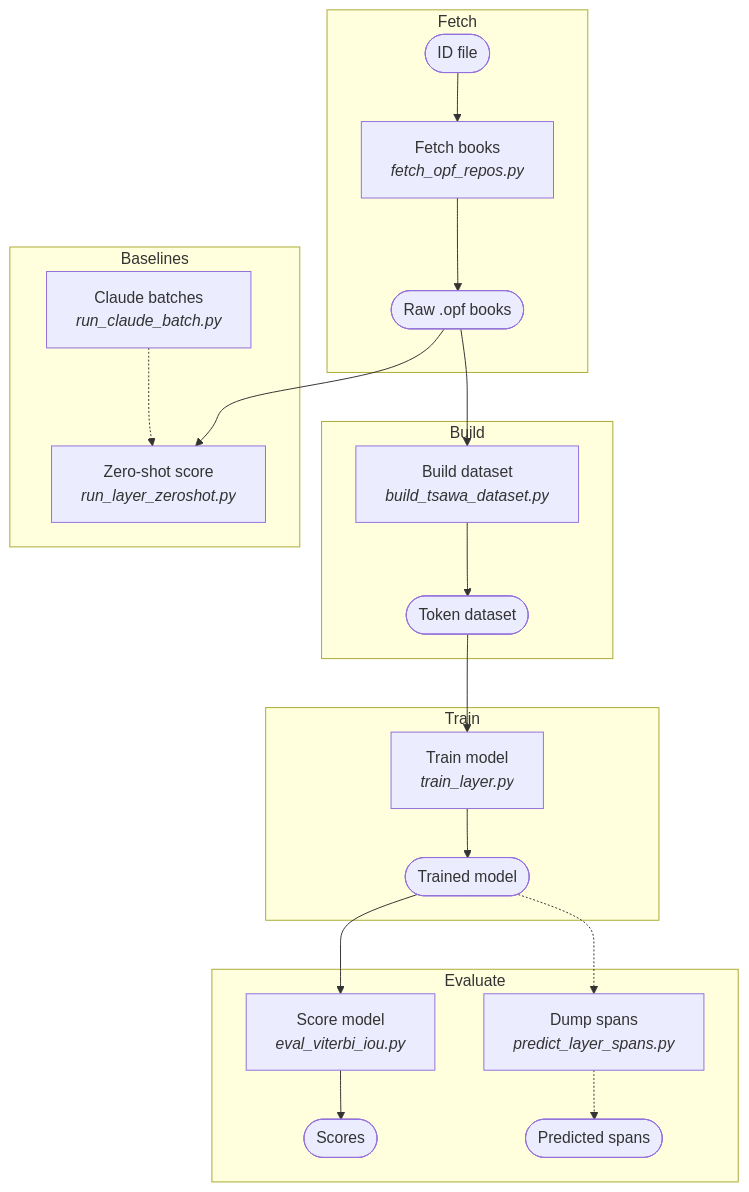
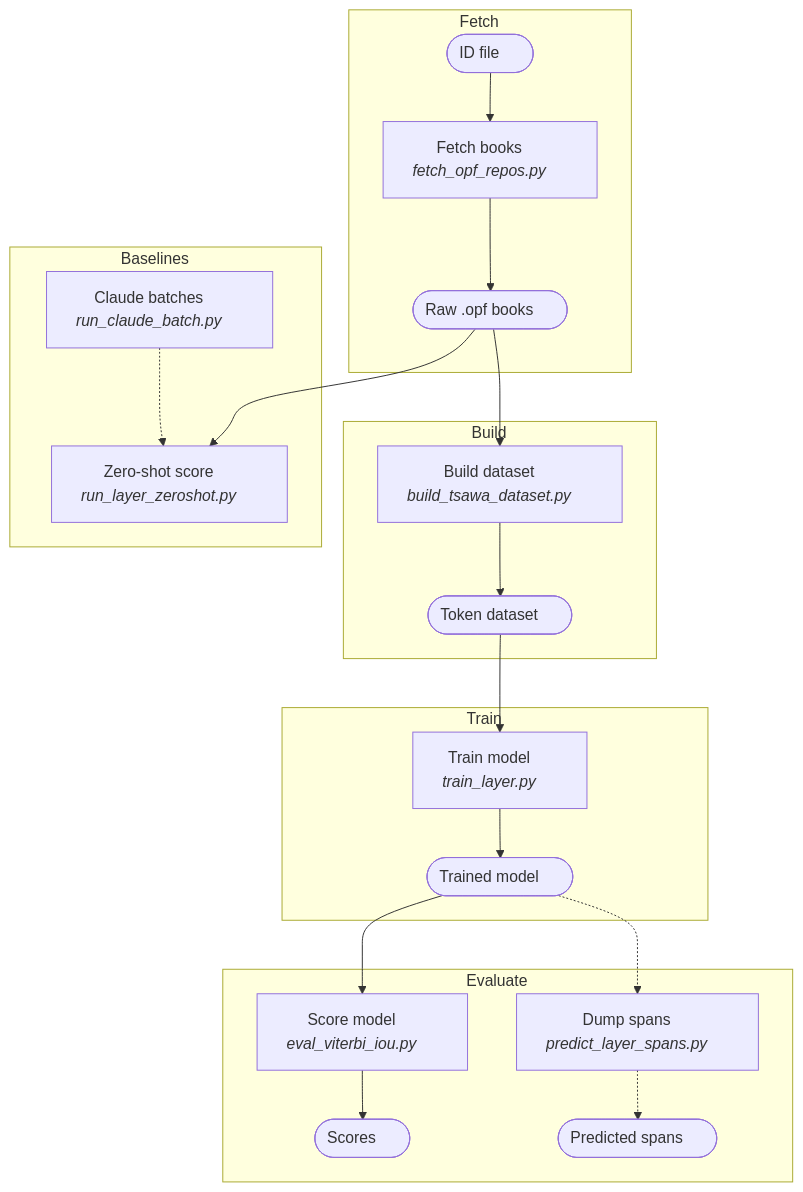
Before and after one commit to tenzinyonten/tibetan-layer-detection: the diagram in common/README.md, drawn with Mermaid. The commit also changed 8 other files, not shown here.

Commit message:
Add padding to flowchart labels so GitHub does not clip them

````diff
--- a/common/README.md
+++ b/common/README.md
@@ -20,25 +20,25 @@
 ```mermaid
 flowchart TD
-  subgraph FETCH["Fetch"]
-    F0(["ID file"]) --> S1["Fetch books<br/><i>fetch_opf_repos.py</i>"]
-    S1 --> F1(["Raw .opf books"])
+  subgraph FETCH["Fetch&nbsp;&nbsp;&nbsp;&nbsp;&nbsp;"]
+    F0(["ID file&nbsp;&nbsp;&nbsp;&nbsp;&nbsp;"]) --> S1["Fetch books&nbsp;&nbsp;&nbsp;&nbsp;&nbsp;<br/><i>fetch_opf_repos.py&nbsp;&nbsp;&nbsp;&nbsp;&nbsp;</i>"]
+    S1 --> F1(["Raw .opf books&nbsp;&nbsp;&nbsp;&nbsp;&nbsp;"])
   end
-  subgraph BUILD["Build"]
-    S2["Build dataset<br/><i>build_tsawa_dataset.py</i>"] --> F2(["Token dataset"])
+  subgraph BUILD["Build&nbsp;&nbsp;&nbsp;&nbsp;&nbsp;"]
+    S2["Build dataset&nbsp;&nbsp;&nbsp;&nbsp;&nbsp;<br/><i>build_tsawa_dataset.py&nbsp;&nbsp;&nbsp;&nbsp;&nbsp;</i>"] --> F2(["Token dataset&nbsp;&nbsp;&nbsp;&nbsp;&nbsp;"])
   end
-  subgraph TRAIN["Train"]
-    S3["Train model<br/><i>train_layer.py</i>"] --> F3(["Trained model"])
+  subgraph TRAIN["Train&nbsp;&nbsp;&nbsp;&nbsp;&nbsp;"]
+    S3["Train model&nbsp;&nbsp;&nbsp;&nbsp;&nbsp;<br/><i>train_layer.py&nbsp;&nbsp;&nbsp;&nbsp;&nbsp;</i>"] --> F3(["Trained model&nbsp;&nbsp;&nbsp;&nbsp;&nbsp;"])
   end
-  subgraph EVAL["Evaluate"]
-    S4["Score model<br/><i>eval_viterbi_iou.py</i>"] --> F4(["Scores"])
-    S5["Dump spans<br/><i>predict_layer_spans.py</i>"] -.-> F5(["Predicted spans"])
+  subgraph EVAL["Evaluate&nbsp;&nbsp;&nbsp;&nbsp;&nbsp;"]
+    S4["Score model&nbsp;&nbsp;&nbsp;&nbsp;&nbsp;<br/><i>eval_viterbi_iou.py&nbsp;&nbsp;&nbsp;&nbsp;&nbsp;</i>"] --> F4(["Scores&nbsp;&nbsp;&nbsp;&nbsp;&nbsp;"])
+    S5["Dump spans&nbsp;&nbsp;&nbsp;&nbsp;&nbsp;<br/><i>predict_layer_spans.py&nbsp;&nbsp;&nbsp;&nbsp;&nbsp;</i>"] -.-> F5(["Predicted spans&nbsp;&nbsp;&nbsp;&nbsp;&nbsp;"])
   end
-  subgraph BASE["Baselines"]
-    S7["Claude batches<br/><i>run_claude_batch.py</i>"] -.-> S6["Zero-shot score<br/><i>run_layer_zeroshot.py</i>"]
+  subgraph BASE["Baselines&nbsp;&nbsp;&nbsp;&nbsp;&nbsp;"]
+    S7["Claude batches&nbsp;&nbsp;&nbsp;&nbsp;&nbsp;<br/><i>run_claude_batch.py&nbsp;&nbsp;&nbsp;&nbsp;&nbsp;</i>"] -.-> S6["Zero-shot score&nbsp;&nbsp;&nbsp;&nbsp;&nbsp;<br/><i>run_layer_zeroshot.py&nbsp;&nbsp;&nbsp;&nbsp;&nbsp;</i>"]
   end
   F1 --> S2
   F2 --> S3
   F3 --> S4
   F3 -.-> S5
   F1 --> S6
 ```
````
